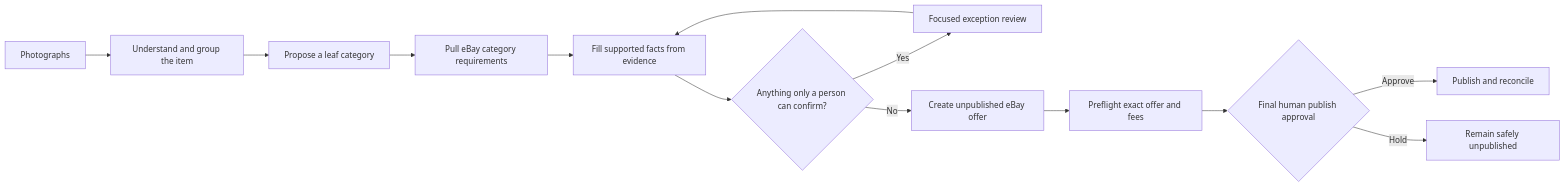
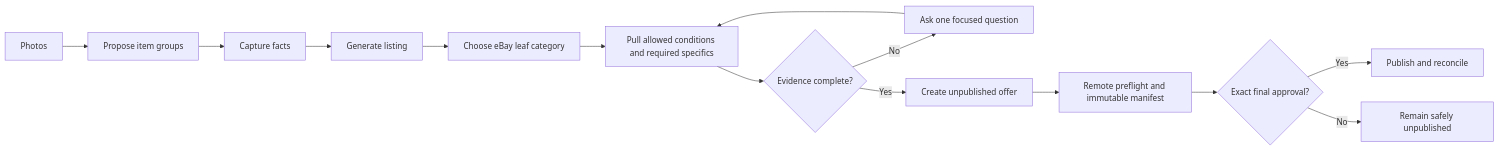
The diagram in docs/PRODUCT_CASE_STUDY.md (LiveWireDepot/live-wire-listing-studio), drawn with Mermaid before and after one commit. The commit also changed other lines of this file and 9 other files, not shown here.

````diff
--- a/docs/PRODUCT_CASE_STUDY.md
+++ b/docs/PRODUCT_CASE_STUDY.md
@@ -19,15 +19,16 @@
 ```mermaid
 flowchart LR
-    A["Photographs"] --> B["Understand and group the item"]
-    B --> C["Propose a leaf category"]
-    C --> D["Pull eBay category requirements"]
-    D --> E["Fill supported facts from evidence"]
-    E --> F{"Anything only a person can confirm?"}
-    F -- Yes --> G["Focused exception review"]
-    G --> E
-    F -- No --> H["Create unpublished eBay offer"]
-    H --> I["Preflight exact offer and fees"]
-    I --> J{"Final human publish approval"}
-    J -- Approve --> K["Publish and reconcile"]
-    J -- Hold --> L["Remain safely unpublished"]
+  A[Photos] --> B[Propose item groups]
+  B --> C[Capture facts]
+  C --> D[Generate listing]
+  D --> E[Choose eBay leaf category]
+  E --> F[Pull allowed conditions and required specifics]
+  F --> G{Evidence complete?}
+  G -- No --> H[Ask one focused question]
+  H --> F
+  G -- Yes --> I[Create unpublished offer]
+  I --> J[Remote preflight and immutable manifest]
+  J --> K{Exact final approval?}
+  K -- Yes --> L[Publish and reconcile]
+  K -- No --> M[Remain safely unpublished]
 ```
````
